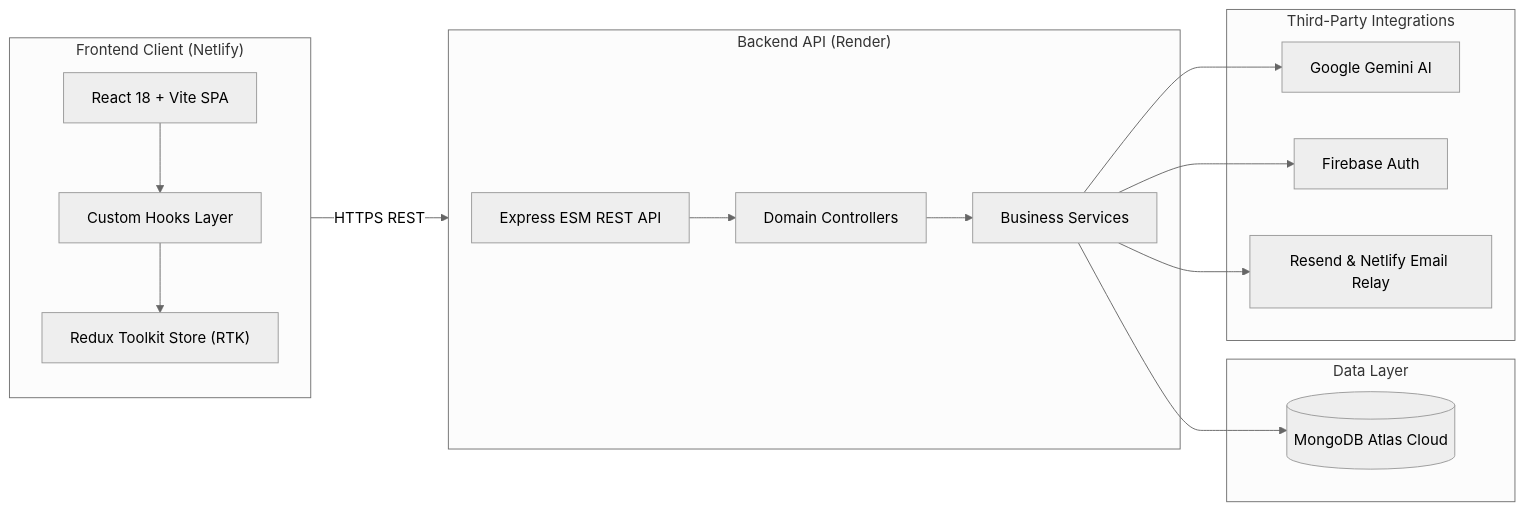
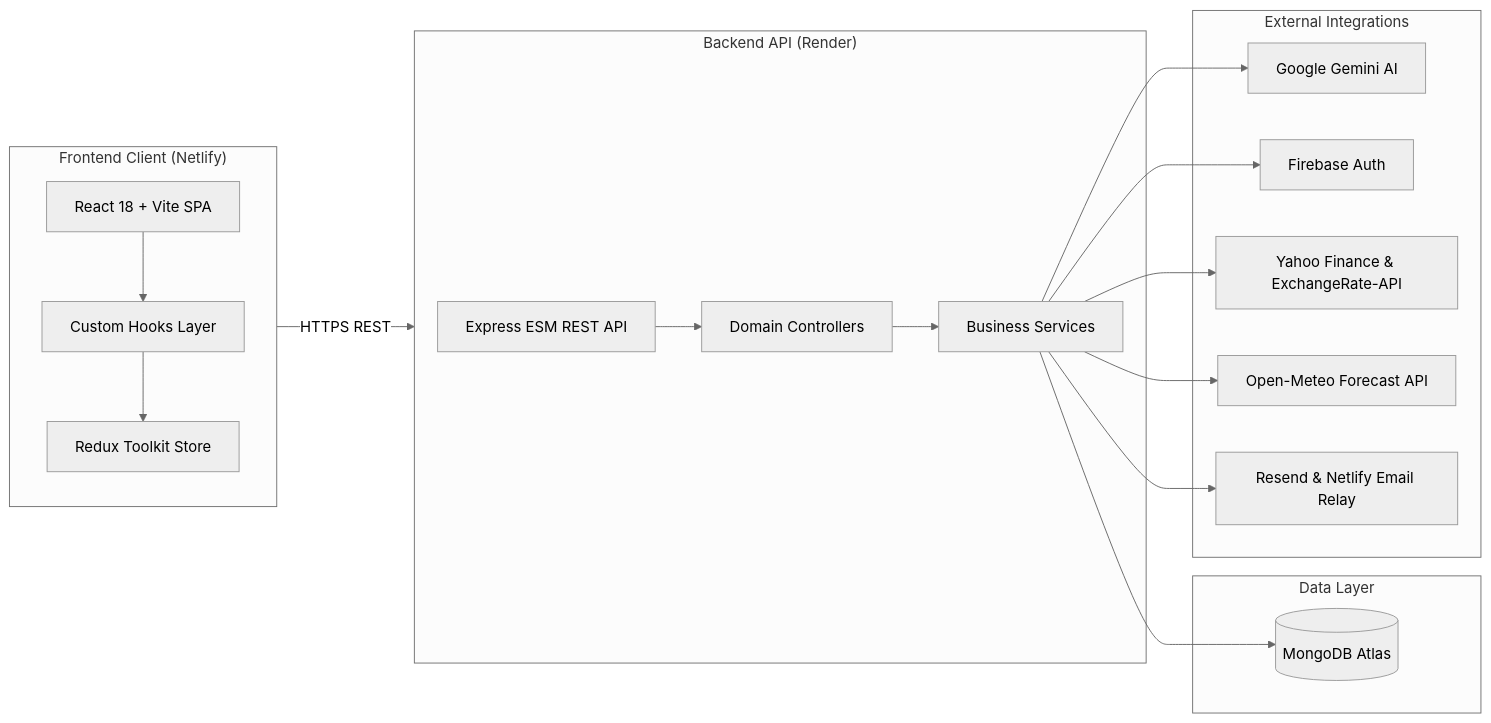
Before and after one commit to Arbaz2402/nomadly-travel: the diagram in README.md, drawn with Mermaid (neutral theme). The commit also changed other lines of this file, not shown here.

````diff
--- a/README.md
+++ b/README.md
@@ -40,32 +40,36 @@
 ```mermaid
 flowchart LR
     subgraph Client["Frontend Client (Netlify)"]
         UI["React 18 + Vite SPA"]
-        Store["Redux Toolkit Store (RTK)"]
+        Store["Redux Toolkit Store"]
         Hooks["Custom Hooks Layer"]
         UI --> Hooks --> Store
     end
 
     subgraph Backend["Backend API (Render)"]
         Express["Express ESM REST API"]
         Controllers["Domain Controllers"]
         Services["Business Services"]
         Express --> Controllers --> Services
     end
 
     subgraph Database["Data Layer"]
-        Atlas[("MongoDB Atlas Cloud")]
+        Atlas[("MongoDB Atlas")]
         Services --> Atlas
     end
 
-    subgraph External["Third-Party Integrations"]
+    subgraph External["External Integrations"]
         Gemini["Google Gemini AI"]
         Firebase["Firebase Auth"]
+        FX["Yahoo Finance & ExchangeRate-API"]
+        Weather["Open-Meteo Forecast API"]
         Resend["Resend & Netlify Email Relay"]
         Services --> Gemini
         Services --> Firebase
+        Services --> FX
+        Services --> Weather
         Services --> Resend
     end
 
     Client -->|HTTPS REST| Backend
 ```
````
